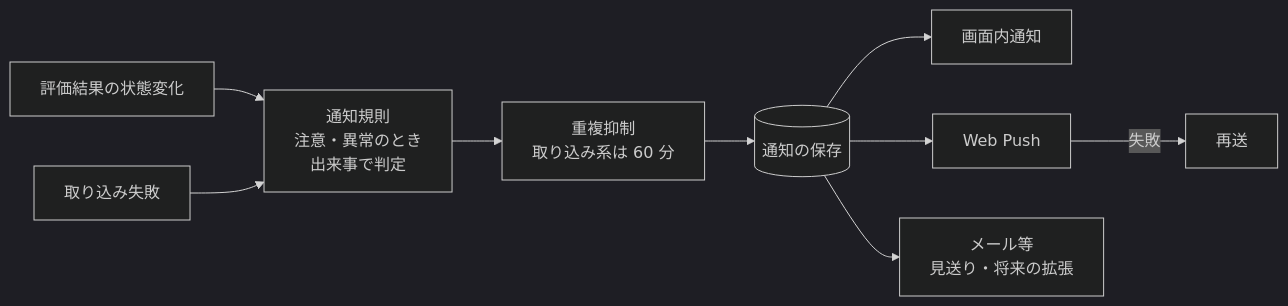
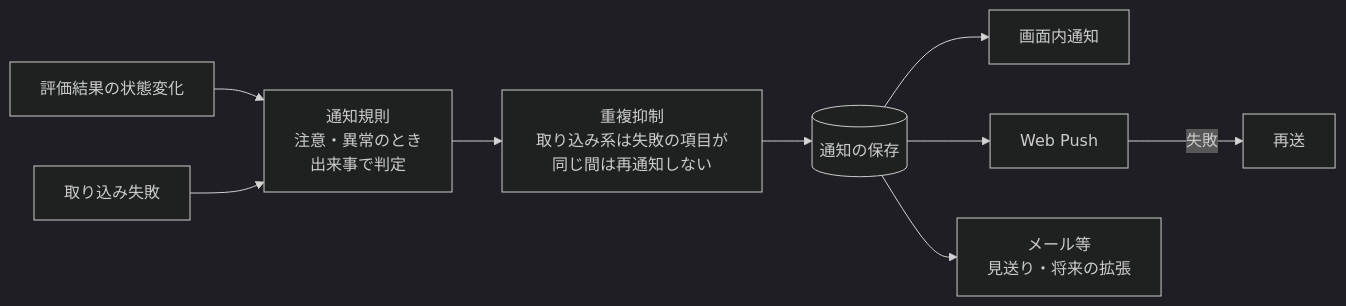
One commit to NS-APU/smart-farm-monitoring changed the seventh of 9 diagrams in docs/10_design/architecture/architecture.md. Above: the diagram before and after it, drawn with Mermaid (dark theme). The commit also changed other lines of this file and 10 other files, not shown here.

````diff
--- a/docs/10_design/architecture/architecture.md
+++ b/docs/10_design/architecture/architecture.md
@@ -371,11 +371,11 @@
 ```mermaid
 flowchart LR
   EV[評価結果の状態変化] --> RULE[通知規則<br>注意・異常のとき<br>出来事で判定]
   FAIL[取り込み失敗] --> RULE
-  RULE --> DED[重複抑制<br>取り込み系は 60 分]
+  RULE --> DED[重複抑制<br>取り込み系は失敗の項目が同じ間は再通知しない]
   DED --> NS[(通知の保存)]
   NS --> N1[画面内通知]
   NS --> N2[Web Push]
   NS --> N3[メール等<br>見送り・将来の拡張]
   N2 -->|失敗| RETRY[再送]
 ```
````
